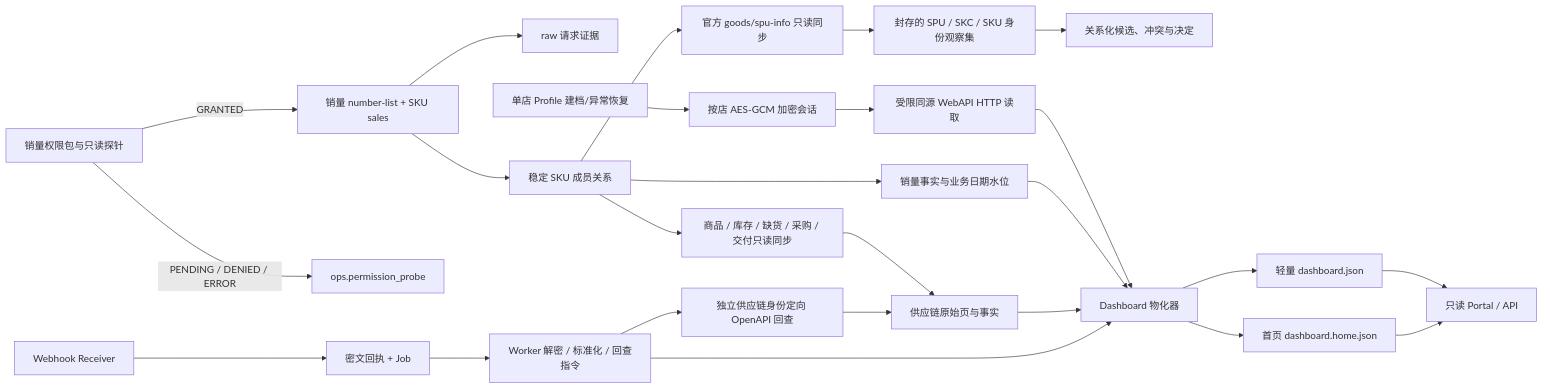
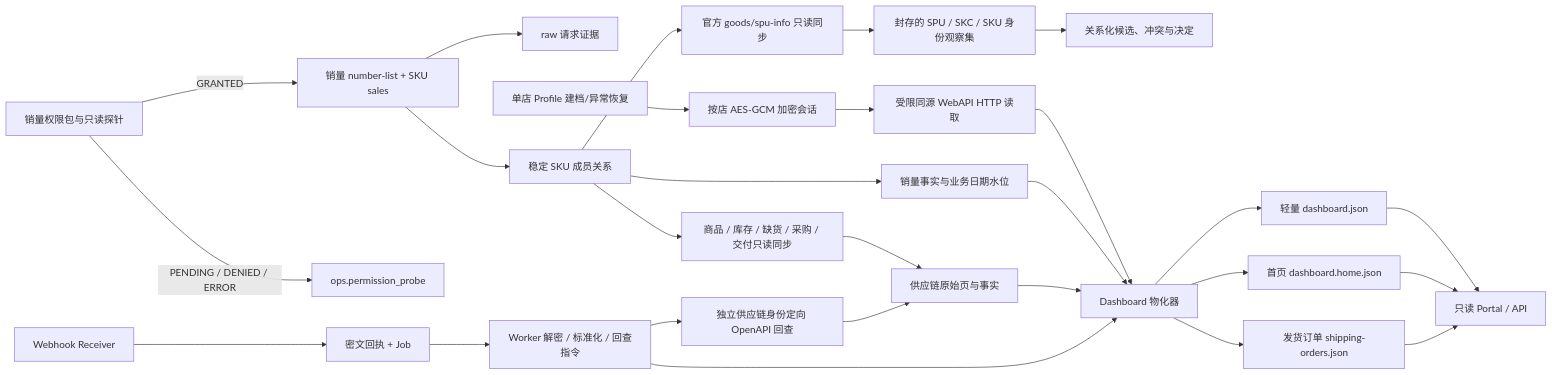
One commit to dushengyi1993/shein-full-managed-bi changed the diagram in docs/architecture.md. Above: the diagram before and after it, drawn with Mermaid. The commit also changed other lines of this file and 27 other files, not shown here.

Commit message:
feat(orders): build full-managed shipping workspace

````diff
--- a/docs/architecture.md
+++ b/docs/architecture.md
@@ -11,27 +11,29 @@
 ```mermaid
 flowchart LR
     P["销量权限包与只读探针"] -->|GRANTED| S["销量 number-list + SKU sales"]
     P -->|PENDING / DENIED / ERROR| O["ops.permission_probe"]
     S --> R["raw 请求证据"]
     S --> D["稳定 SKU 成员关系"]
     D --> SF["销量事实与业务日期水位"]
     D --> Q["商品 / 库存 / 缺货 / 采购 / 交付只读同步"]
     Q --> RF["供应链原始页与事实"]
     D --> GI["官方 goods/spu-info 只读同步"]
     GI --> IO["封存的 SPU / SKC / SKU 身份观察集"]
     IO --> IC["关系化候选、冲突与决定"]
     CP["单店 Profile 建档/异常恢复"] --> ES["按店 AES-GCM 加密会话"]
     ES --> WB["受限同源 WebAPI HTTP 读取"]
     WB --> M
     WH["Webhook Receiver"] --> WR["密文回执 + Job"]
     WR --> WW["Worker 解密 / 标准化 / 回查指令"]
     WW --> HY["独立供应链身份定向 OpenAPI 回查"]
     HY --> RF
     SF --> M["Dashboard 物化器"]
     RF --> M
     WW --> M
     M --> J["轻量 dashboard.json"]
     M --> H["首页 dashboard.home.json"]
+    M --> SO["发货订单 shipping-orders.json"]
     J --> BI["只读 Portal / API"]
     H --> BI
+    SO --> BI
 ```
````
